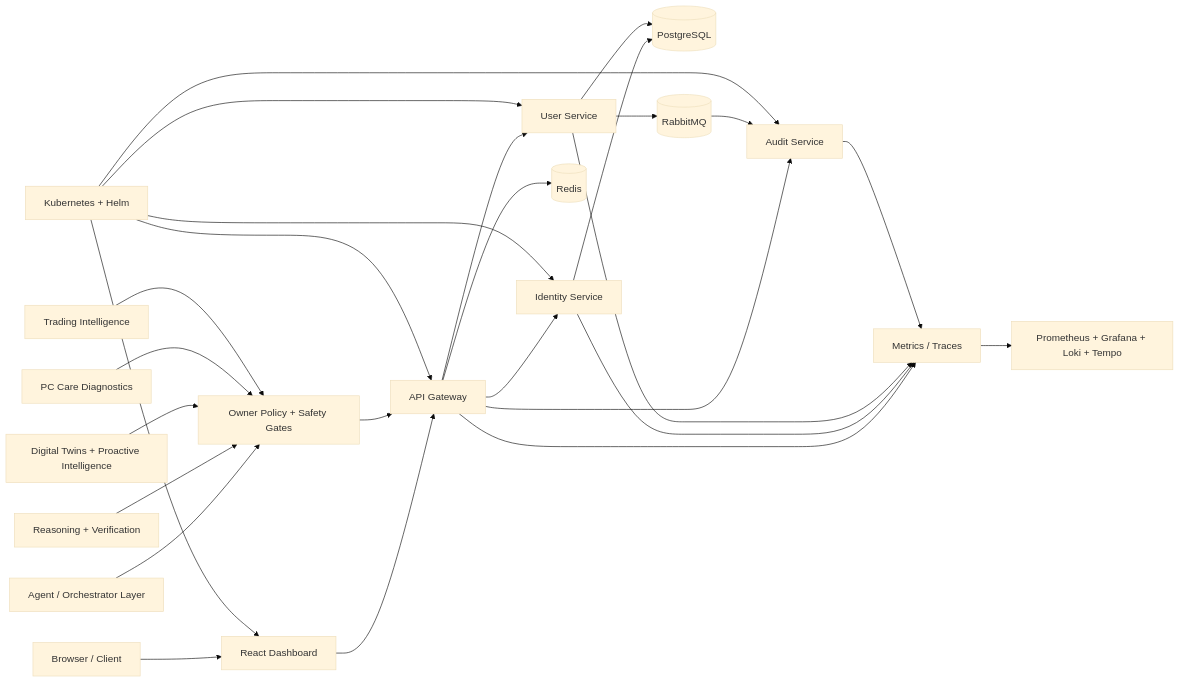
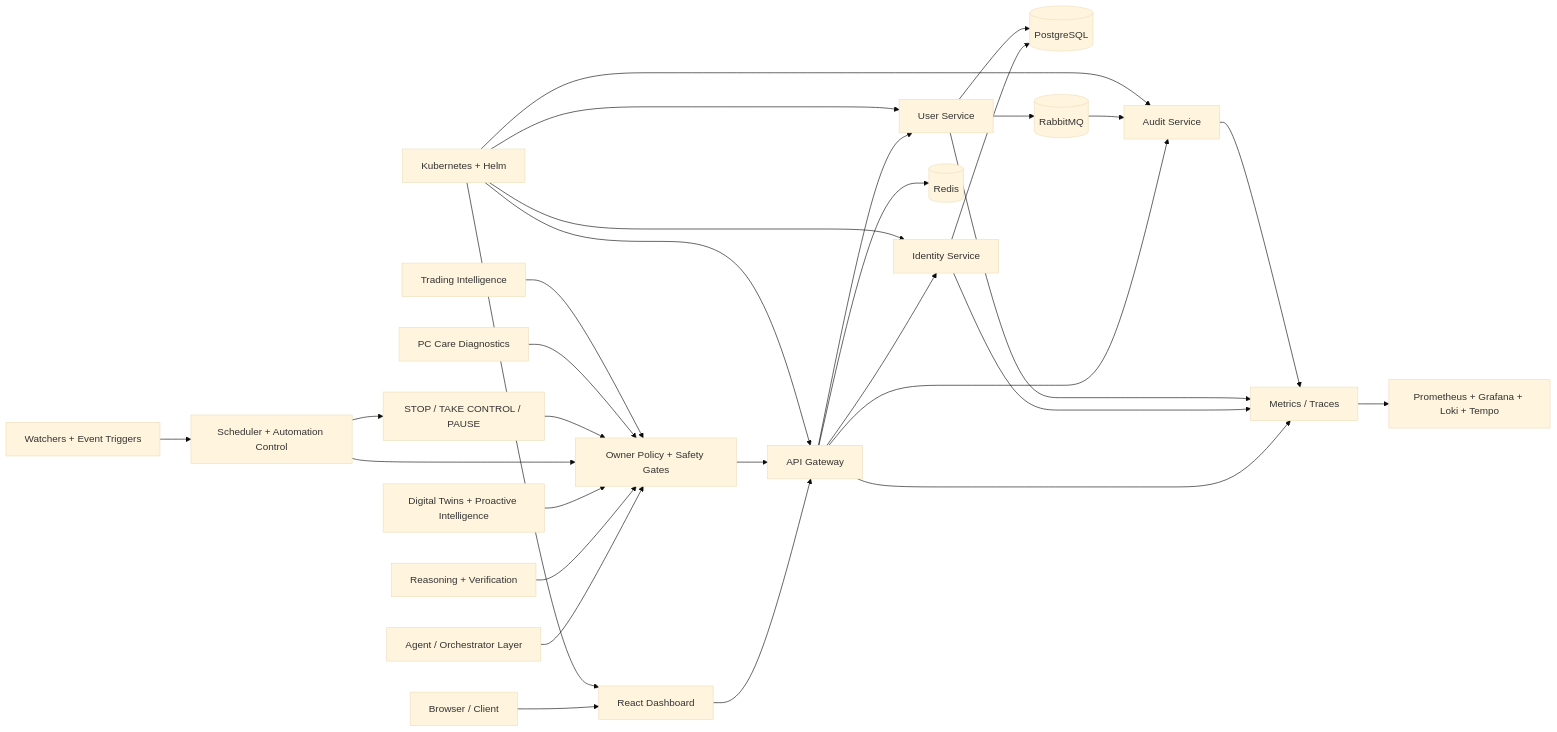
Before and after one commit to teldigi5-wq/aetheris-platform: the diagram in README.md, drawn with Mermaid (base theme). The commit also changed other lines of this file and 2 other files, not shown here.

Commit message:
docs: finalize Stage 32 roadmap and review status

````diff
--- a/README.md
+++ b/README.md
@@ -83,29 +85,33 @@
 ```mermaid
 flowchart LR
     U[Browser / Client] --> D[React Dashboard]
     D --> G[API Gateway]
     G --> I[Identity Service]
     G --> S[User Service]
     G --> A[Audit Service]
     G --> R[(Redis)]
     I --> P[(PostgreSQL)]
     S --> P
     S --> M[(RabbitMQ)]
     M --> A
     G --> O[Metrics / Traces]
     I --> O
     S --> O
     A --> O
     O --> OBS[Prometheus + Grafana + Loki + Tempo]
+    EVT[Watchers + Event Triggers] --> AUTO[Scheduler + Automation Control]
+    AUTO --> EMG[STOP / TAKE CONTROL / PAUSE]
     AG[Agent / Orchestrator Layer] --> POL[Owner Policy + Safety Gates]
     RSN[Reasoning + Verification] --> POL
     TWIN[Digital Twins + Proactive Intelligence] --> POL
+    AUTO --> POL
+    EMG --> POL
     PC[PC Care Diagnostics] --> POL
     TRD[Trading Intelligence] --> POL
     POL --> G
     K[Kubernetes + Helm] --> D
     K --> G
     K --> I
     K --> S
     K --> A
 ```
````
